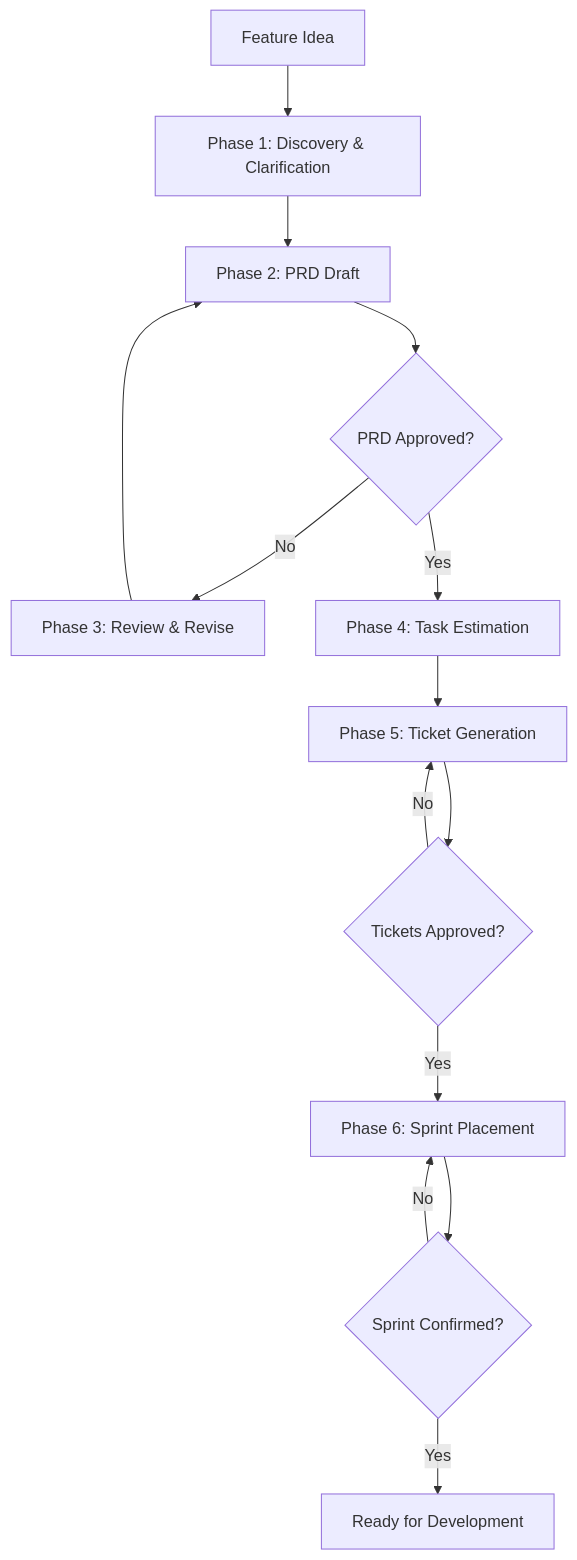
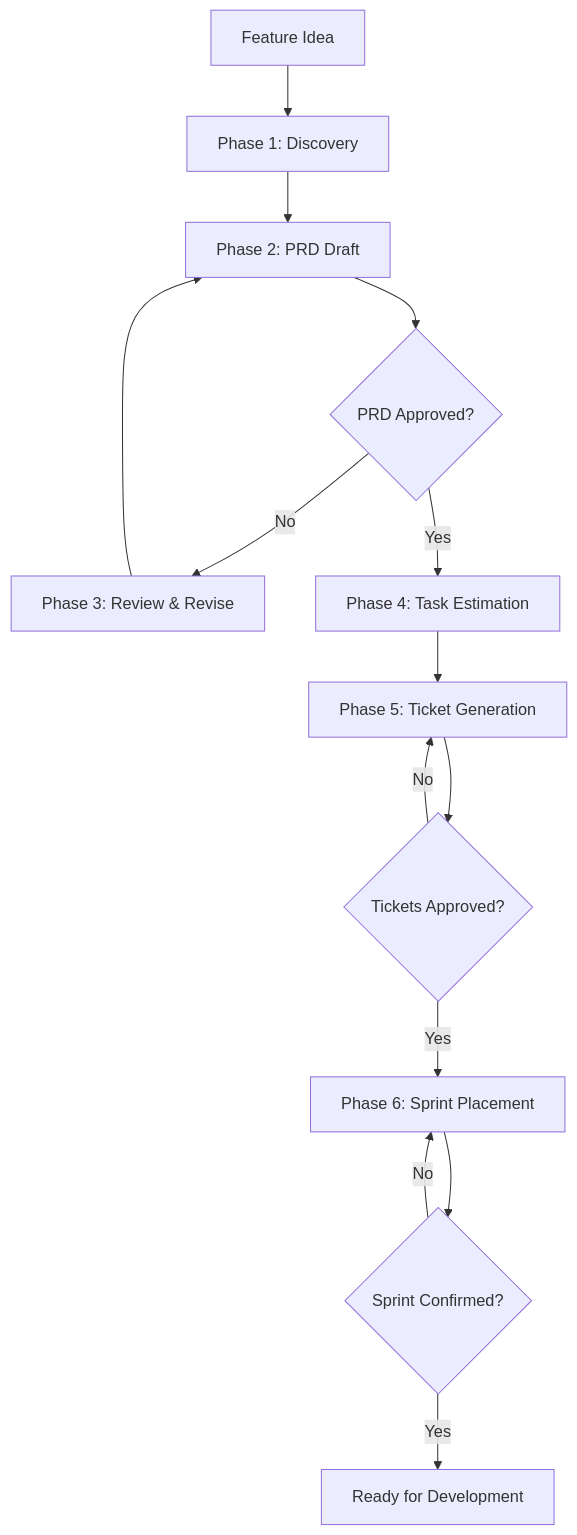
The first of 2 diagrams in docs/reference/integration-matrix.md (igmarin/agnostic-planning-skills), drawn with Mermaid before and after one commit. The commit also changed other lines of this file and 37 other files, not shown here.

````diff
--- a/docs/reference/integration-matrix.md
+++ b/docs/reference/integration-matrix.md
@@ -18,16 +18,16 @@
 ```mermaid
 graph TD
-    A[Feature Idea] --> B[Phase 1: Discovery & Clarification]
+    A[Feature Idea] --> B[Phase 1: Discovery]
     B --> C[Phase 2: PRD Draft]
     C --> D{PRD Approved?}
     D -->|No| E[Phase 3: Review & Revise]
     E --> C
     D -->|Yes| F[Phase 4: Task Estimation]
     F --> G[Phase 5: Ticket Generation]
     G --> H{Tickets Approved?}
     H -->|No| G
     H -->|Yes| I[Phase 6: Sprint Placement]
     I --> J{Sprint Confirmed?}
     J -->|No| I
     J -->|Yes| K[Ready for Development]
 ```
````
